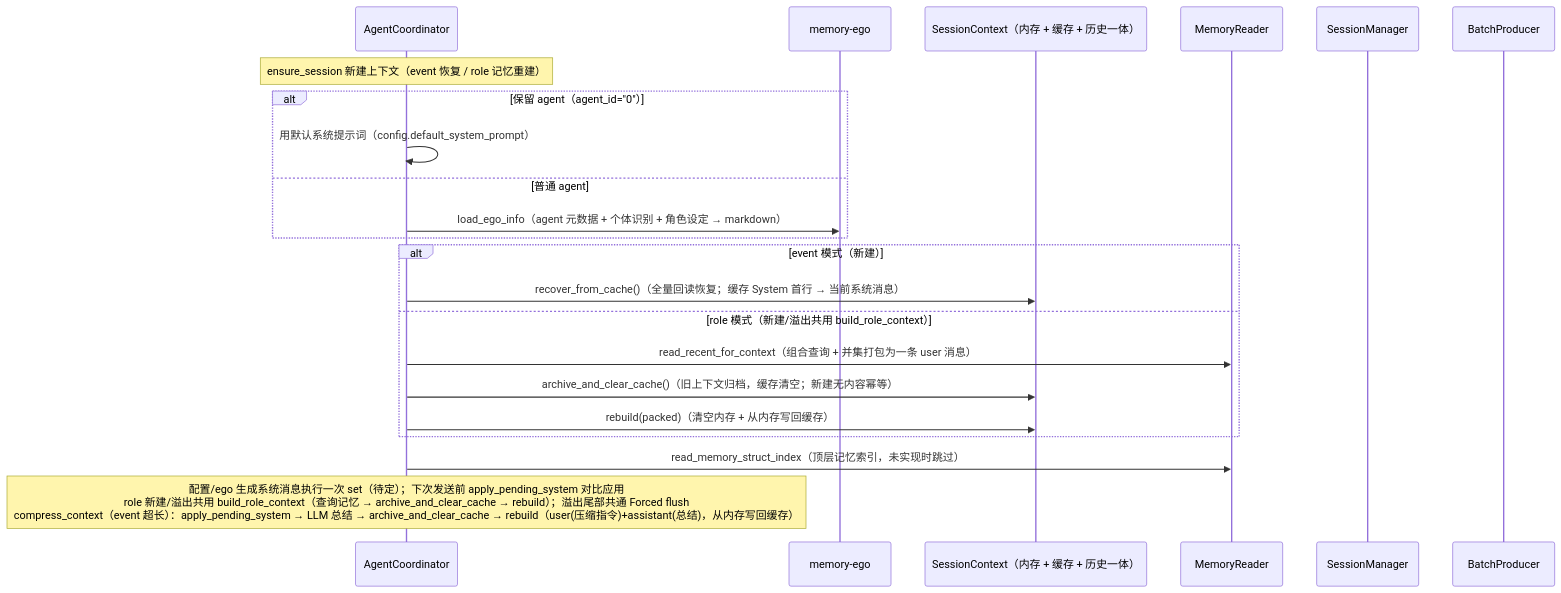
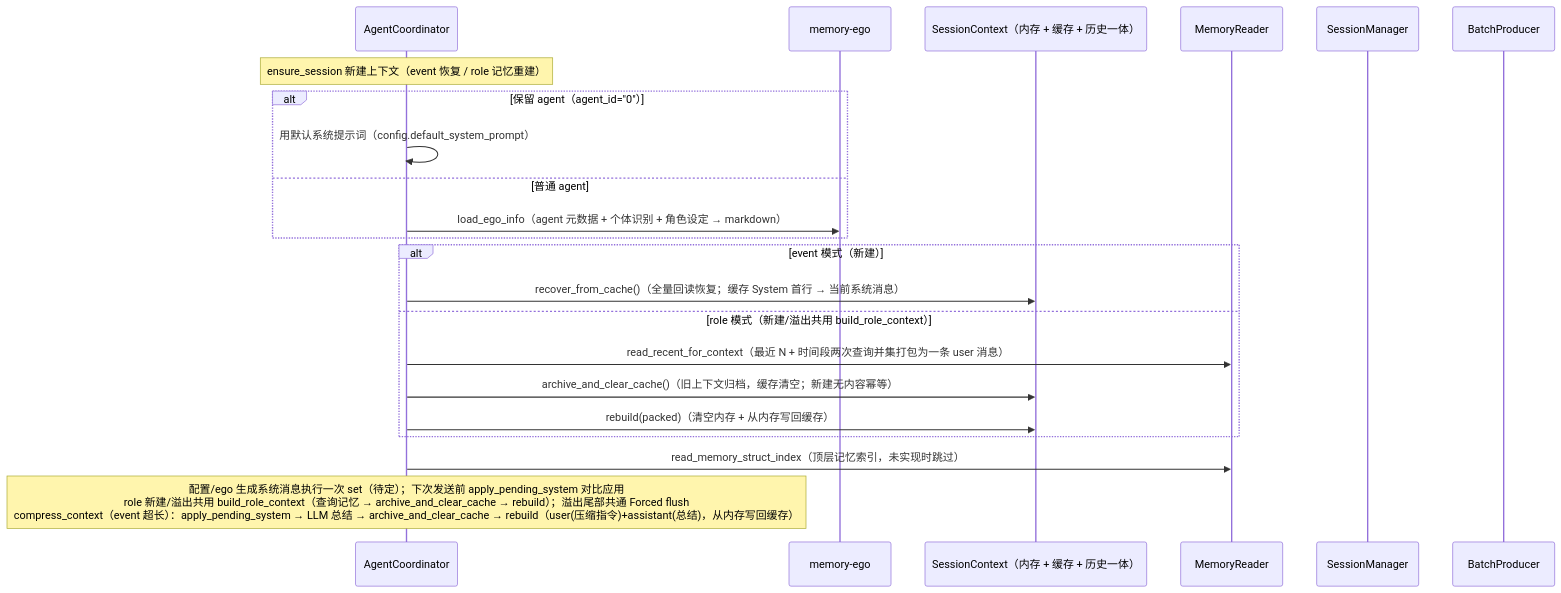
The fifth of 5 diagrams in docs/spec/kissbot-agent-modules.md (coldcloude/kissbot), drawn with Mermaid before and after one commit. The commit also changed other lines of this file and 1 other file, not shown here.

Commit message:
docs: 记忆上下文读取改为两次查询并集（RecentQuery 最近 N + [M, T_N] 时间段，M=min）

````diff
--- a/docs/spec/kissbot-agent-modules.md
+++ b/docs/spec/kissbot-agent-modules.md
@@ -185,25 +185,25 @@
 ```mermaid
 sequenceDiagram
     participant CO as AgentCoordinator
     participant EG as memory-ego
     participant SC as SessionContext（内存 + 缓存 + 历史一体）
     participant MR as MemoryReader
     participant SM as SessionManager
     participant BP as BatchProducer
 
     Note over CO: ensure_session 新建上下文（event 恢复 / role 记忆重建）
     alt 保留 agent（agent_id="0"）
         CO->>CO: 用默认系统提示词（config.default_system_prompt）
     else 普通 agent
         CO->>EG: load_ego_info（agent 元数据 + 个体识别 + 角色设定 → markdown）
     end
     alt event 模式（新建）
         CO->>SC: recover_from_cache()（全量回读恢复；缓存 System 首行 → 当前系统消息）
     else role 模式（新建/溢出共用 build_role_context）
-        CO->>MR: read_recent_for_context（组合查询 + 并集打包为一条 user 消息）
+        CO->>MR: read_recent_for_context（最近 N + 时间段两次查询并集打包为一条 user 消息）
         CO->>SC: archive_and_clear_cache()（旧上下文归档，缓存清空；新建无内容幂等）
         CO->>SC: rebuild(packed)（清空内存 + 从内存写回缓存）
     end
     CO->>MR: read_memory_struct_index（顶层记忆索引，未实现时跳过）
     Note over CO: 配置/ego 生成系统消息执行一次 set（待定）；下次发送前 apply_pending_system 对比应用<br/>role 新建/溢出共用 build_role_context（查询记忆 → archive_and_clear_cache → rebuild）；溢出尾部共通 Forced flush<br/>compress_context（event 超长）：apply_pending_system → LLM 总结 → archive_and_clear_cache → rebuild（user(压缩指令)+assistant(总结)，从内存写回缓存）
 ```
````
